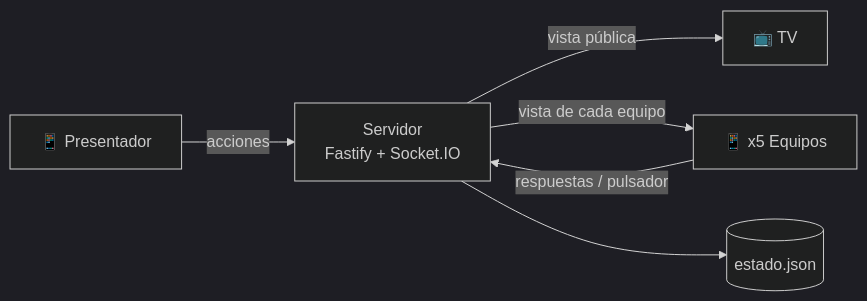
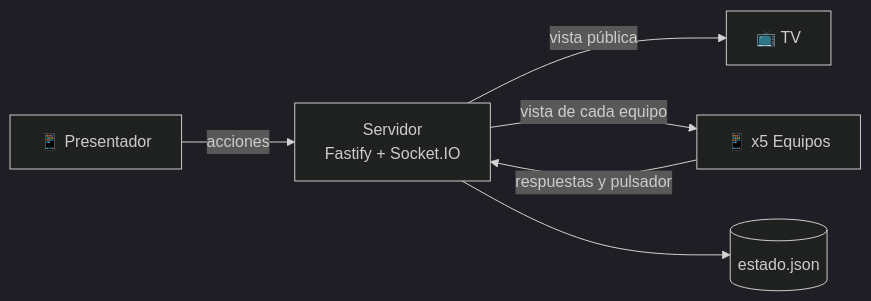
One commit to jlgarciavalverde/concurso-cumple changed the diagram in README.md. Above: the diagram before and after it, drawn with Mermaid (dark theme). The commit also changed other lines of this file and 6 other files, not shown here.

````diff
--- a/README.md
+++ b/README.md
@@ -10,8 +22,8 @@
 ```mermaid
 flowchart LR
   host["📱 Presentador"] -- acciones --> srv["Servidor<br/>Fastify + Socket.IO"]
-  eq["📱 x5 Equipos"] -- respuestas / pulsador --> srv
-  srv -- vista pública --> tv["📺 TV"]
-  srv -- vista de cada equipo --> eq
+  eq["📱 x5 Equipos"] -- "respuestas y pulsador" --> srv
+  srv -- "vista pública" --> tv["📺 TV"]
+  srv -- "vista de cada equipo" --> eq
   srv --> data[("estado.json")]
 ```
````
